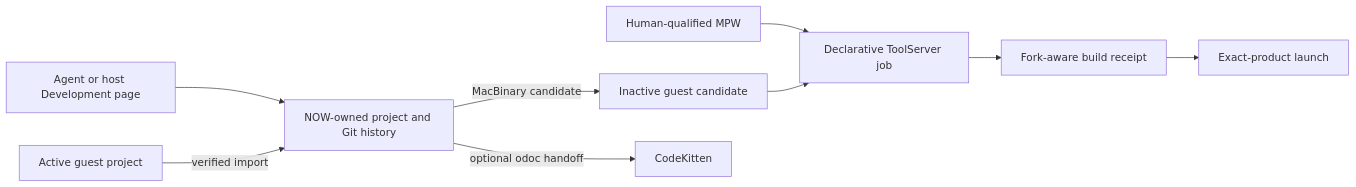
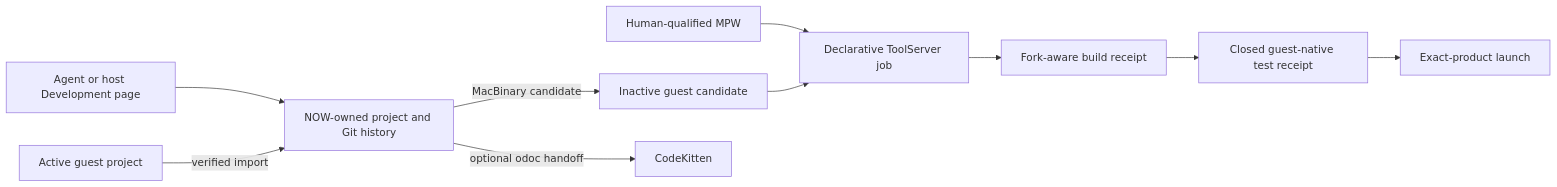
Before and after one commit to thisoldmac/new-old-world: the diagram in docs/developer-guide/architecture/development.md, drawn with Mermaid. The commit also changed other lines of this file and 9 other files, not shown here.

````diff
--- a/docs/developer-guide/architecture/development.md
+++ b/docs/developer-guide/architecture/development.md
@@ -21,11 +21,12 @@
 ```mermaid
 flowchart LR
   A["Agent or host Development page"] --> P["NOW-owned project and Git history"]
   G["Active guest project"] -->|"verified import"| P
   P -->|"MacBinary candidate"| C["Inactive guest candidate"]
   T["Human-qualified MPW"] --> B["Declarative ToolServer job"]
   C --> B
   B --> R["Fork-aware build receipt"]
-  R --> L["Exact-product launch"]
+  R --> X["Closed guest-native test receipt"]
+  X --> L["Exact-product launch"]
   P -->|"optional odoc handoff"| K["CodeKitten"]
 ```
````
